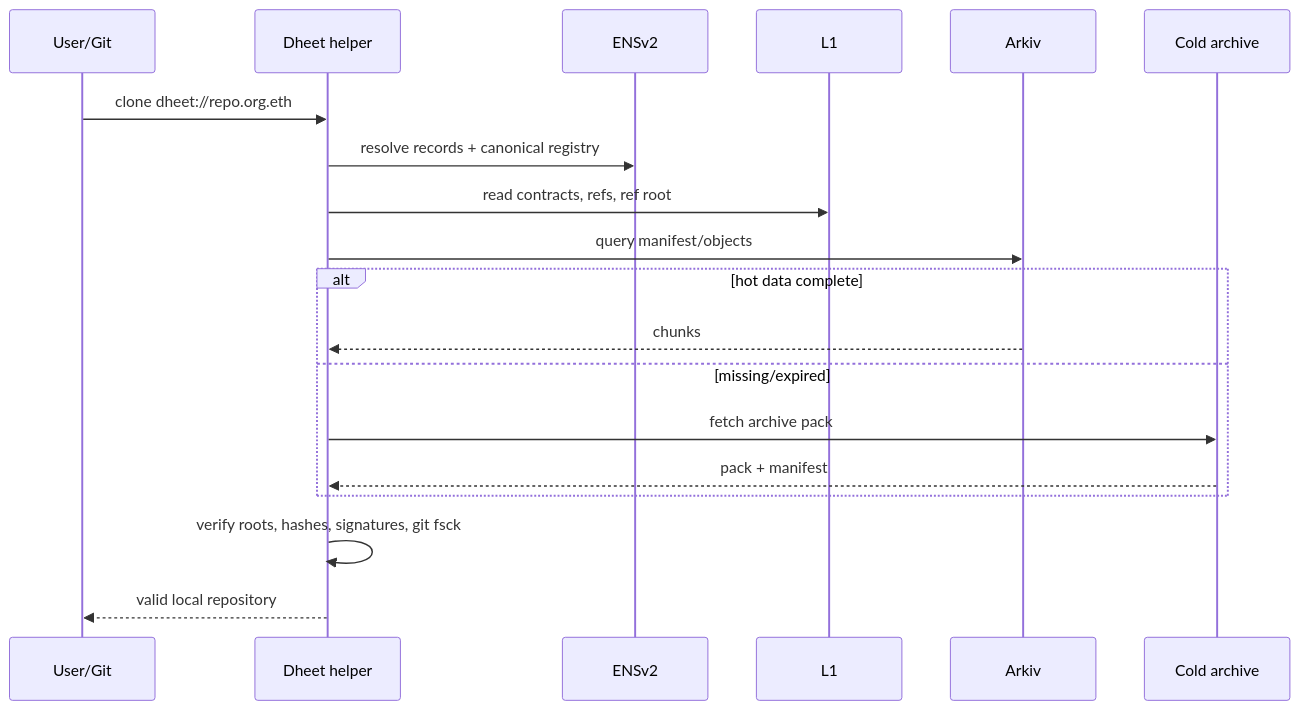
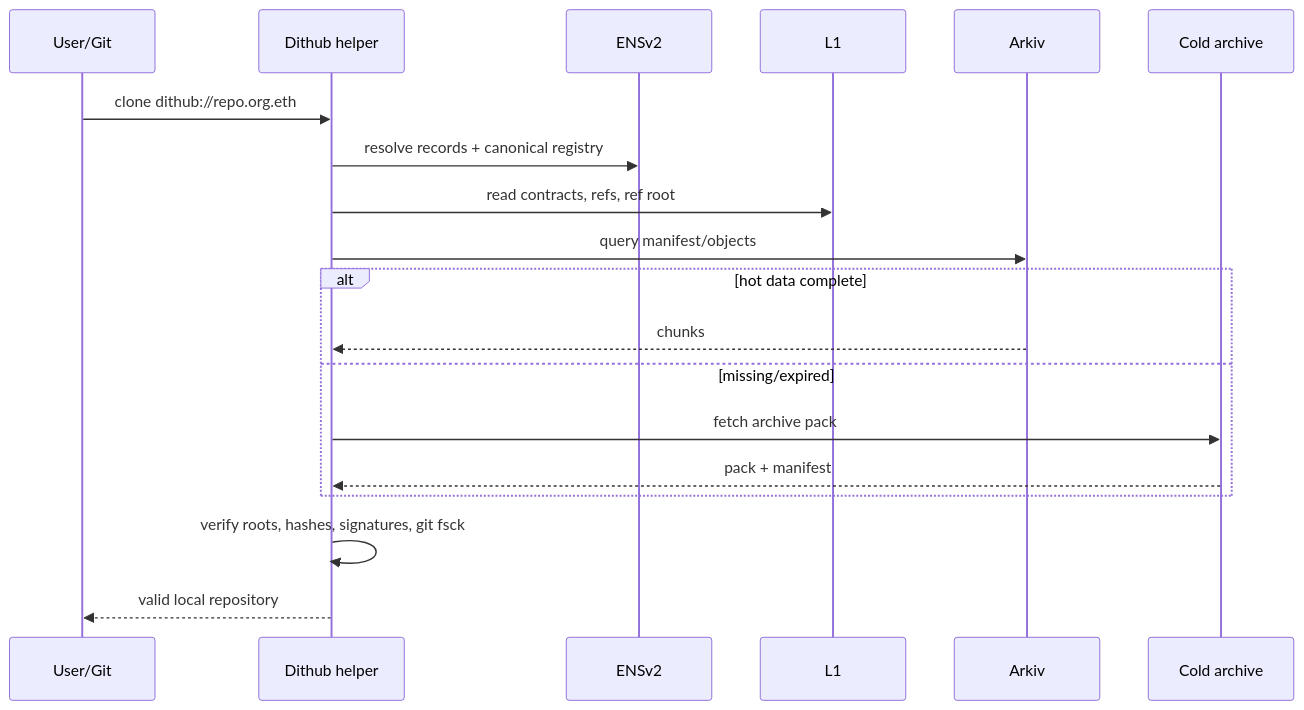
Before and after one commit to rootp1/dithub: the fourth of 5 diagrams in plan.md, drawn with Mermaid. The commit also changed other lines of this file and 48 other files, not shown here.

Commit message:
Rename Dheet to Dithub

````diff
--- a/plan.md
+++ b/plan.md
@@ -812,21 +812,21 @@
 ```mermaid
 sequenceDiagram
   participant U as User/Git
-  participant D as Dheet helper
+  participant D as Dithub helper
   participant E as ENSv2
   participant L as L1
   participant A as Arkiv
   participant C as Cold archive
-  U->>D: clone dheet://repo.org.eth
+  U->>D: clone dithub://repo.org.eth
   D->>E: resolve records + canonical registry
   D->>L: read contracts, refs, ref root
   D->>A: query manifest/objects
   alt hot data complete
     A-->>D: chunks
   else missing/expired
     D->>C: fetch archive pack
     C-->>D: pack + manifest
   end
   D->>D: verify roots, hashes, signatures, git fsck
   D-->>U: valid local repository
 ```
````
